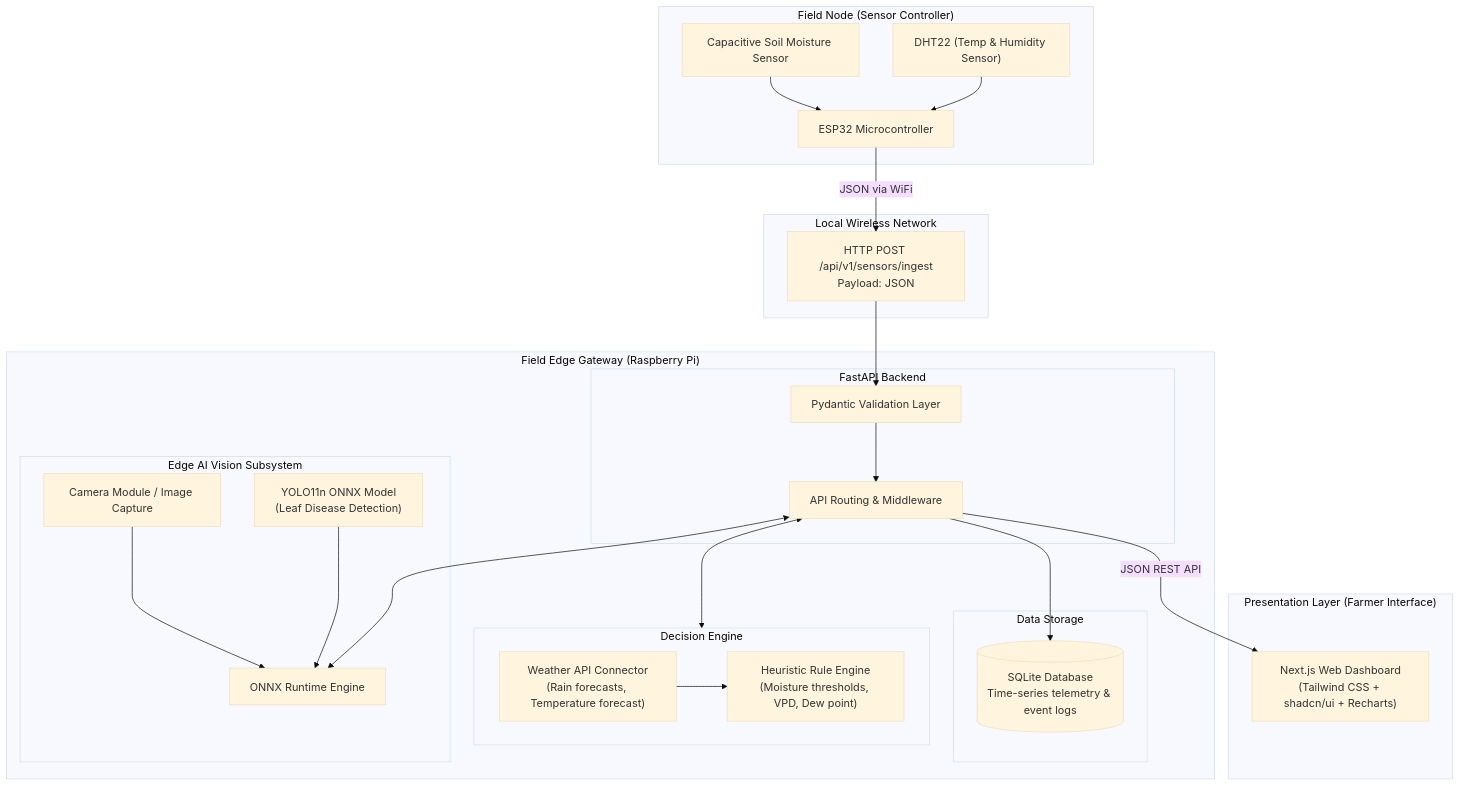
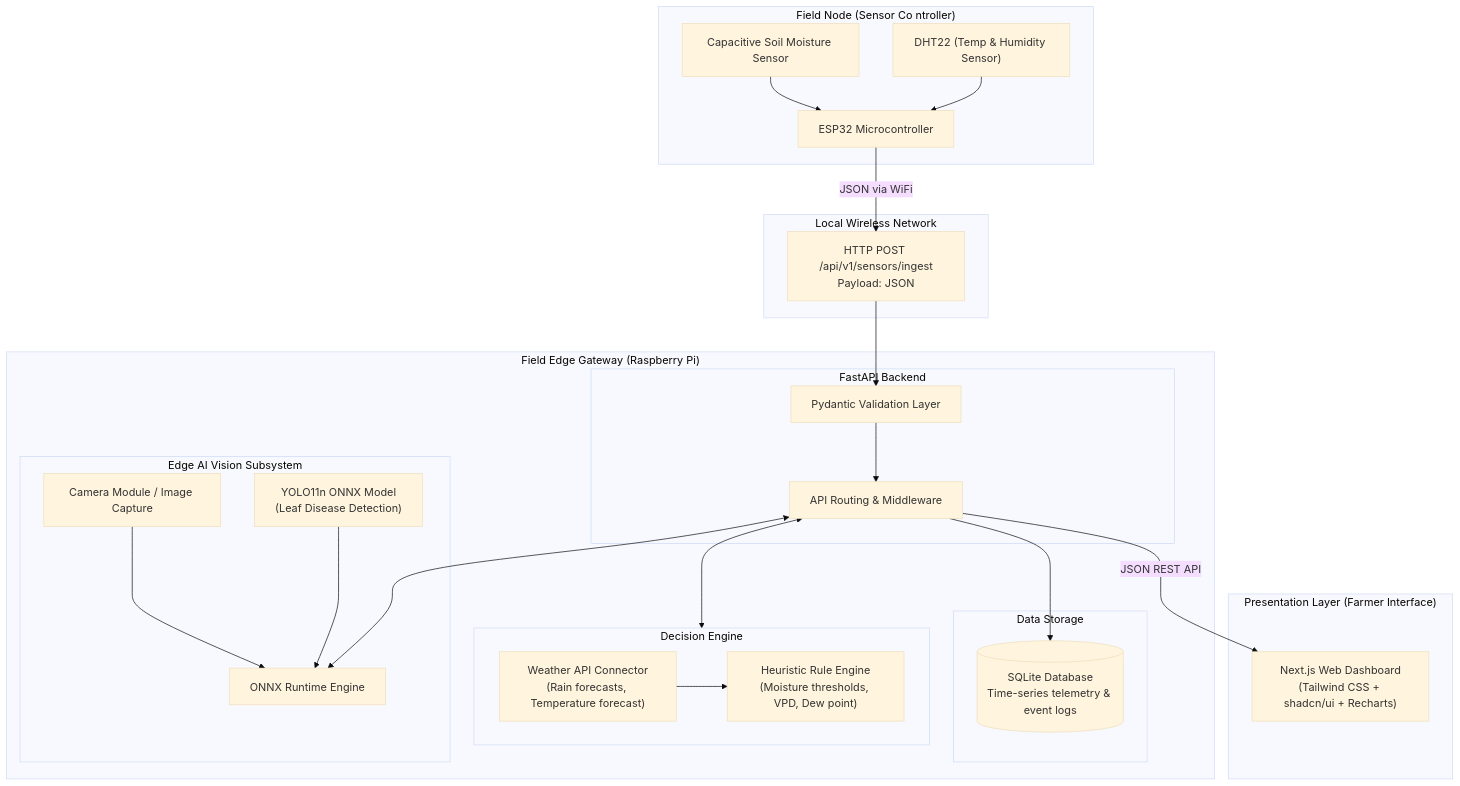
One commit to vanshajcooks/KrishiSahayak changed the diagram in ARCHITECTURE.md. Above: the diagram before and after it, drawn with Mermaid (base theme). The commit also changed 10 other files, not shown here.

````diff
--- a/ARCHITECTURE.md
+++ b/ARCHITECTURE.md
@@ -24,52 +24,52 @@
 ```mermaid
 flowchart TD
-    subgraph FieldNode["Field Node (Sensor Controller)"]
+    subgraph FieldNode["Field Node (Sensor Co ntroller)"]
         ESP["ESP32 Microcontroller"]
         SMS["Capacitive Soil Moisture Sensor"]
         DHT["DHT22 (Temp & Humidity Sensor)"]
         SMS --> ESP
         DHT --> ESP
     end
 
     subgraph CommLayer["Local Wireless Network"]
         HTTPPost["HTTP POST /api/v1/sensors/ingest<br/>Payload: JSON"]
     end
 
     subgraph FieldGateway["Field Edge Gateway (Raspberry Pi)"]
         subgraph APILayer["FastAPI Backend"]
             Validator["Pydantic Validation Layer"]
             Router["API Routing & Middleware"]
         end
 
         subgraph StorageLayer["Data Storage"]
             SQLite[(SQLite Database<br/>Time-series telemetry & event logs)]
         end
 
         subgraph DecisionLayer["Decision Engine"]
             Rules["Heuristic Rule Engine<br/>(Moisture thresholds, VPD, Dew point)"]
             WeatherConnector["Weather API Connector<br/>(Rain forecasts, Temperature forecast)"]
         end
 
         subgraph AILayer["Edge AI Vision Subsystem"]
             CAM["Camera Module / Image Capture"]
             ONNX["ONNX Runtime Engine"]
             Model["YOLO11n ONNX Model<br/>(Leaf Disease Detection)"]
             CAM --> ONNX
             Model --> ONNX
         end
     end
 
     subgraph ClientLayer["Presentation Layer (Farmer Interface)"]
         Dashboard["Next.js Web Dashboard<br/>(Tailwind CSS + shadcn/ui + Recharts)"]
     end
 
     ESP -->|JSON via WiFi| HTTPPost
     HTTPPost --> Validator
     Validator --> Router
     Router --> SQLite
     Router <--> DecisionLayer
     WeatherConnector --> Rules
     Router <--> ONNX
 
     Router -->|JSON REST API| Dashboard
 ```
````
